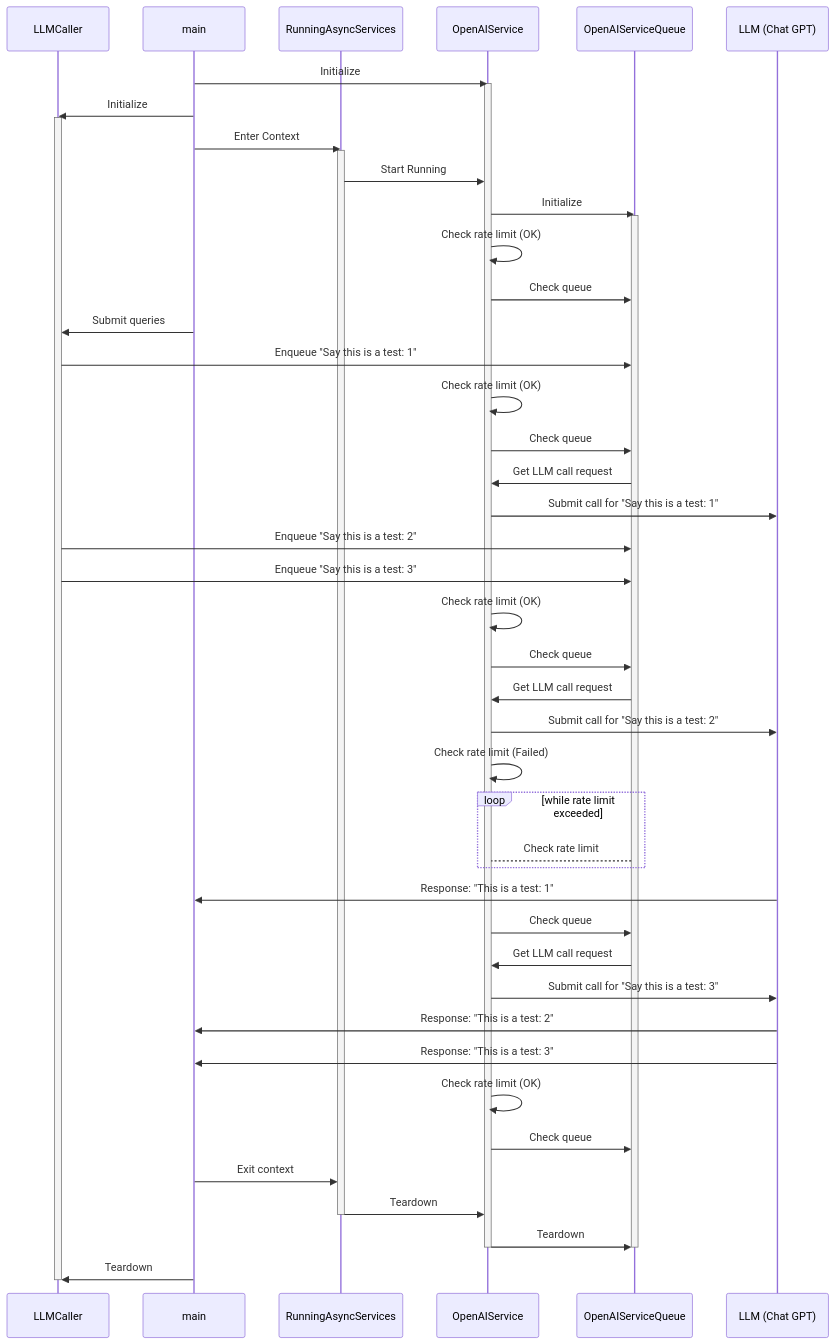
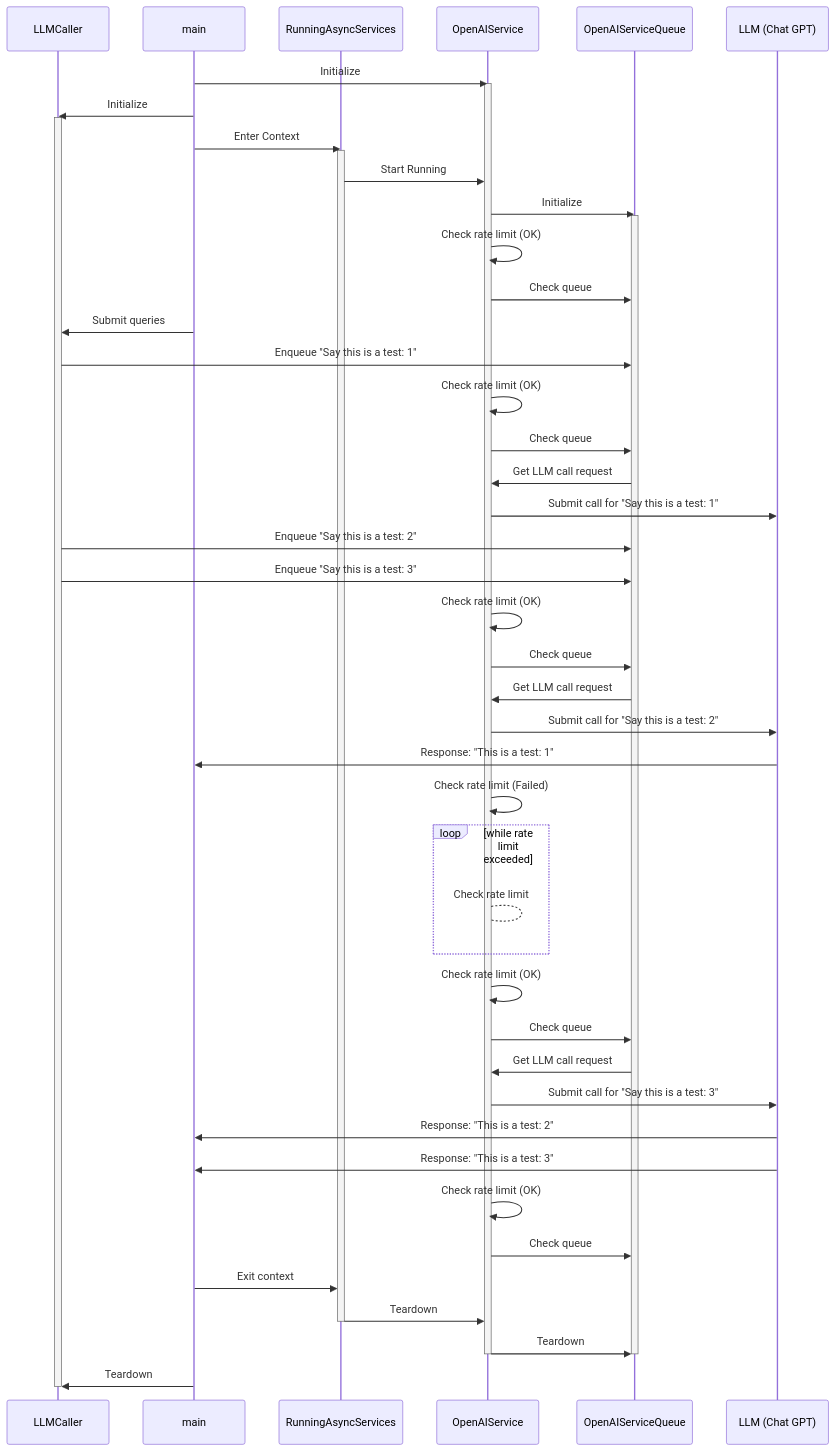
One commit to NREL/elm changed the fifth of 5 diagrams in elm/ords/ARCHITECTURE.md. Above: the diagram before and after it, drawn with Mermaid. The commit also changed other lines of this file, not shown here.

Commit message:
Minor figure updates

````diff
--- a/elm/ords/ARCHITECTURE.md
+++ b/elm/ords/ARCHITECTURE.md
@@ -784,58 +784,59 @@
 ```mermaid
 sequenceDiagram
 
     participant B as LLMCaller
     participant A as main
     participant C as RunningAsyncServices
     participant D as OpenAIService
     participant E as OpenAIServiceQueue
     participant F as LLM (Chat GPT)
 
     A ->> D: Initialize
     activate D
     A ->> B: Initialize
     activate B
     A ->> C: Enter Context
     activate C
     C ->> D: Start Running
     D ->> E: Initialize
     activate E
     D ->> D: Check rate limit (OK)
     D ->> E: Check queue
     A ->> B: Submit queries
     B ->> E: Enqueue "Say this is a test: 1"
     D ->> D: Check rate limit (OK)
     D ->> E: Check queue
     E ->> D: Get LLM call request
     D ->> F: Submit call for "Say this is a test: 1"
     B ->> E: Enqueue "Say this is a test: 2"
     B ->> E: Enqueue "Say this is a test: 3"
     D ->> D: Check rate limit (OK)
     D ->> E: Check queue
     E ->> D: Get LLM call request
     D ->> F: Submit call for "Say this is a test: 2"
+    F ->> A: Response: "This is a test: 1"
     D ->> D: Check rate limit (Failed)
     loop while rate limit exceeded
-        E-->D: Check rate limit
+        D-->D: Check rate limit
     end
-    F ->> A: Response: "This is a test: 1"
+    D ->> D: Check rate limit (OK)
     D ->> E: Check queue
     E ->> D: Get LLM call request
     D ->> F: Submit call for "Say this is a test: 3"
     F ->> A: Response: "This is a test: 2"
     F ->> A: Response: "This is a test: 3"
     D ->> D: Check rate limit (OK)
     D ->> E: Check queue
 
     A ->> C: Exit context
     C ->> D: Teardown
     deactivate C
     D ->> E: Teardown
     deactivate D
     deactivate E
 
     A ->> B: Teardown
     deactivate B
 
 
 ```
````
